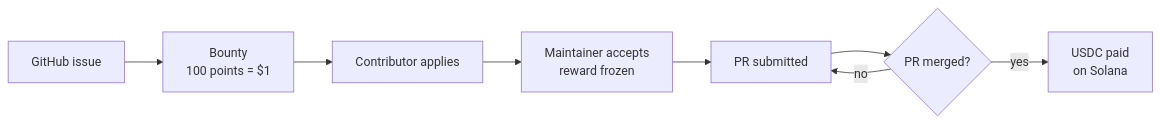
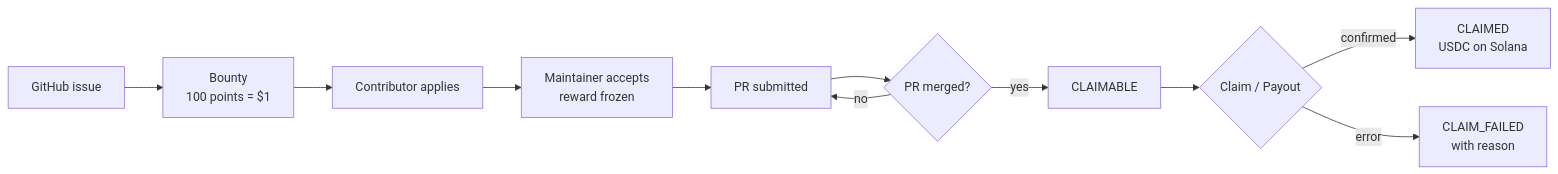
The diagram in README.md (GermanoDevelopment/greenfield), drawn with Mermaid before and after one commit. The commit also changed other lines of this file and 13 other files, not shown here.

First line of the commit message:
feat(backend): payment state machine with CLAIMABLE, CLAIMED, and CLAIM_FAILED (#20)

````diff
--- a/README.md
+++ b/README.md
@@ -7,10 +7,13 @@
 ```mermaid
 flowchart LR
     A[GitHub issue] --> B[Bounty<br/>100 points = $1]
     B --> C[Contributor applies]
     C --> D[Maintainer accepts<br/>reward frozen]
     D --> E[PR submitted]
     E --> F{PR merged?}
-    F -- "yes" --> G[USDC paid<br/>on Solana]
+    F -- "yes" --> G[CLAIMABLE]
+    G --> H{Claim / Payout}
+    H -- "confirmed" --> I[CLAIMED<br/>USDC on Solana]
+    H -- "error" --> J[CLAIM_FAILED<br/>with reason]
     F -- "no" --> E
 ```
````
